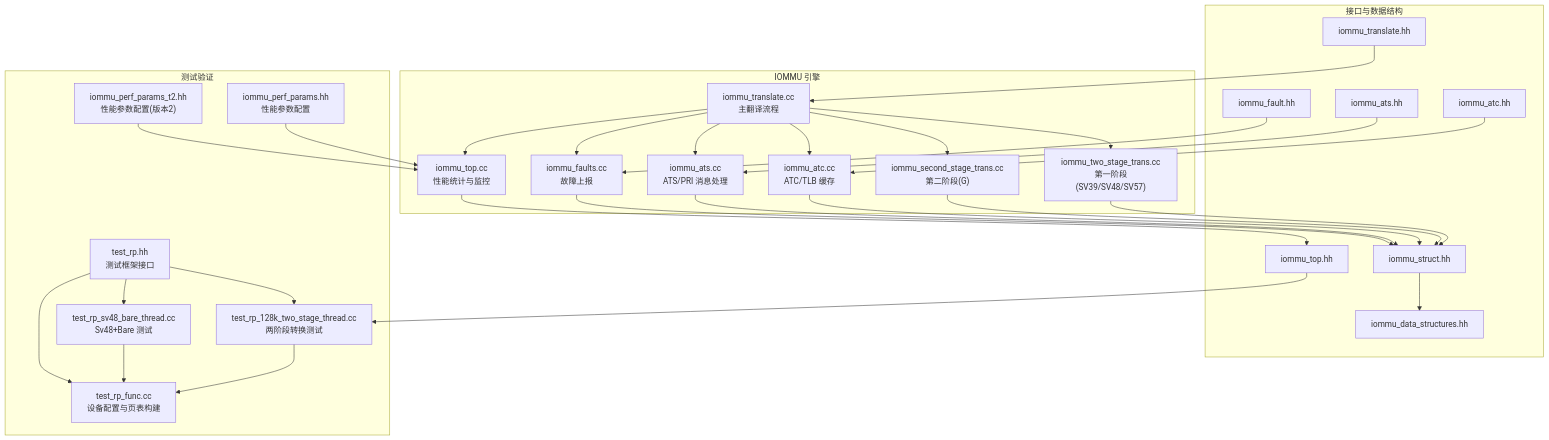
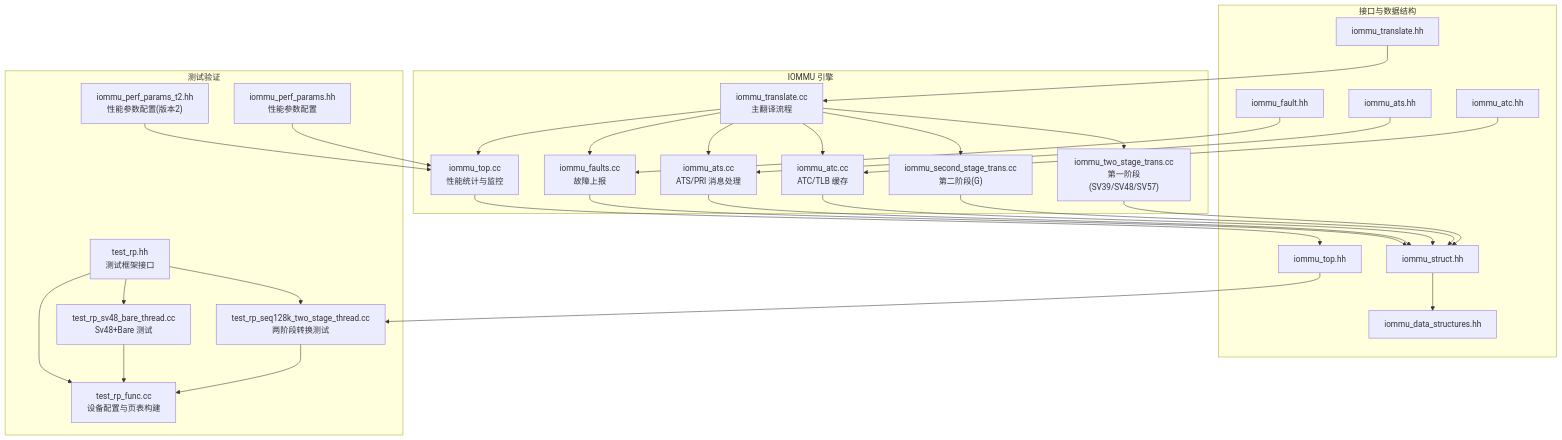
Before and after one commit to jiangjiang1122/iommu_model_20260401_v1: the first of 9 diagrams in .qoder/repowiki/zh/content/IOMMU核心功能/地址转换引擎.md, drawn with Mermaid. The commit also changed other lines of this file and 159 other files, not shown here.

Commit message:
chore: 更新知识库文档 + 新增PTW并发分析图表与数据文件

````diff
--- a/.qoder/repowiki/zh/content/IOMMU核心功能/地址转换引擎.md
+++ b/.qoder/repowiki/zh/content/IOMMU核心功能/地址转换引擎.md
@@ -56,54 +64,54 @@
 ```mermaid
 graph TB
 subgraph "IOMMU 引擎"
 A["iommu_translate.cc<br/>主翻译流程"]
 B["iommu_two_stage_trans.cc<br/>第一阶段(SV39/SV48/SV57)"]
 C["iommu_second_stage_trans.cc<br/>第二阶段(G)"]
 D["iommu_atc.cc<br/>ATC/TLB 缓存"]
 E["iommu_ats.cc<br/>ATS/PRI 消息处理"]
 F["iommu_faults.cc<br/>故障上报"]
 G["iommu_top.cc<br/>性能统计与监控"]
 end
 subgraph "接口与数据结构"
 H["iommu_translate.hh"]
 I["iommu_atc.hh"]
 J["iommu_ats.hh"]
 K["iommu_fault.hh"]
 L["iommu_struct.hh"]
 M["iommu_data_structures.hh"]
 N["iommu_top.hh"]
 end
 subgraph "测试验证"
-O["test_rp_128k_two_stage_thread.cc<br/>两阶段转换测试"]
+O["test_rp_seq128k_two_stage_thread.cc<br/>两阶段转换测试"]
 P["test_rp_sv48_bare_thread.cc<br/>Sv48+Bare 测试"]
 Q["test_rp_func.cc<br/>设备配置与页表构建"]
 R["test_rp.hh<br/>测试框架接口"]
 S["iommu_perf_params.hh<br/>性能参数配置"]
 T["iommu_perf_params_t2.hh<br/>性能参数配置(版本2)"]
 end
 A --> B
 A --> C
 A --> D
 A --> E
 A --> F
 A --> G
 B --> L
 C --> L
 D --> L
 E --> L
 F --> L
 G --> N
 H --> A
 I --> D
 J --> E
 K --> F
 L --> M
 N --> O
 O --> Q
 P --> Q
 R --> O
 R --> P
 R --> Q
 S --> G
 T --> G
 ```
````
